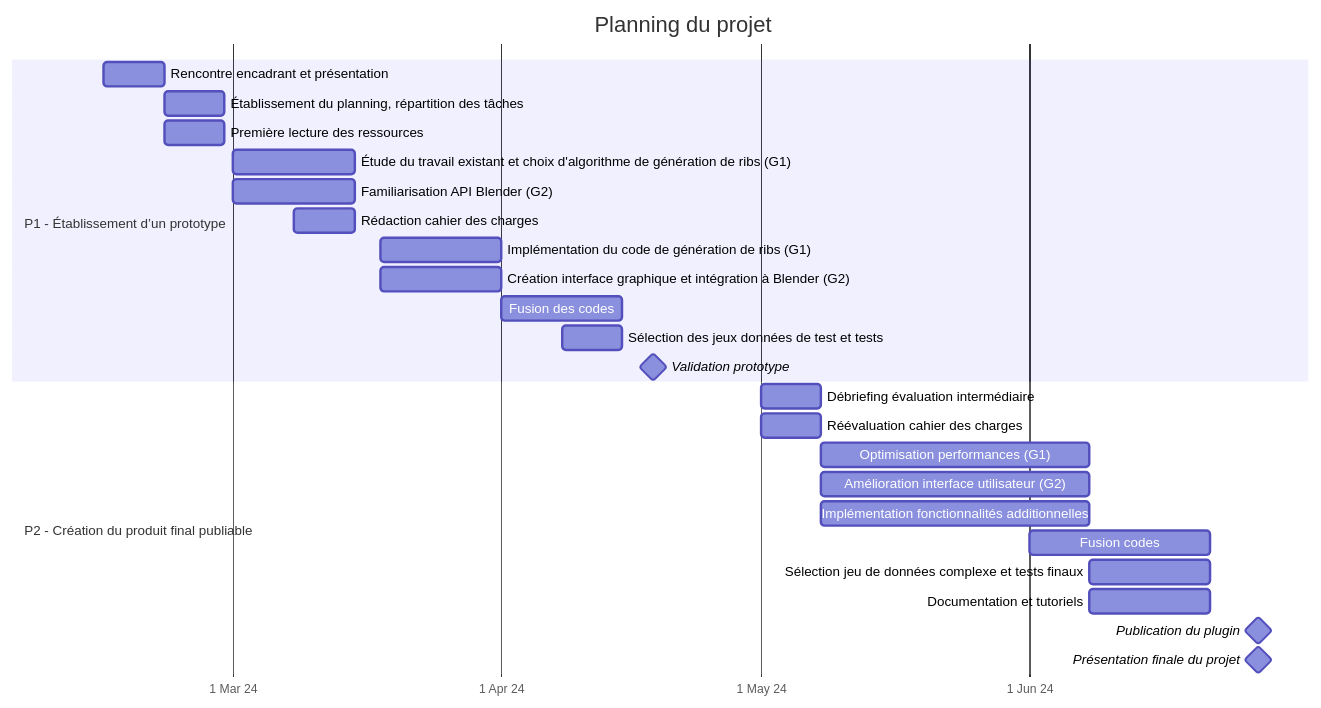
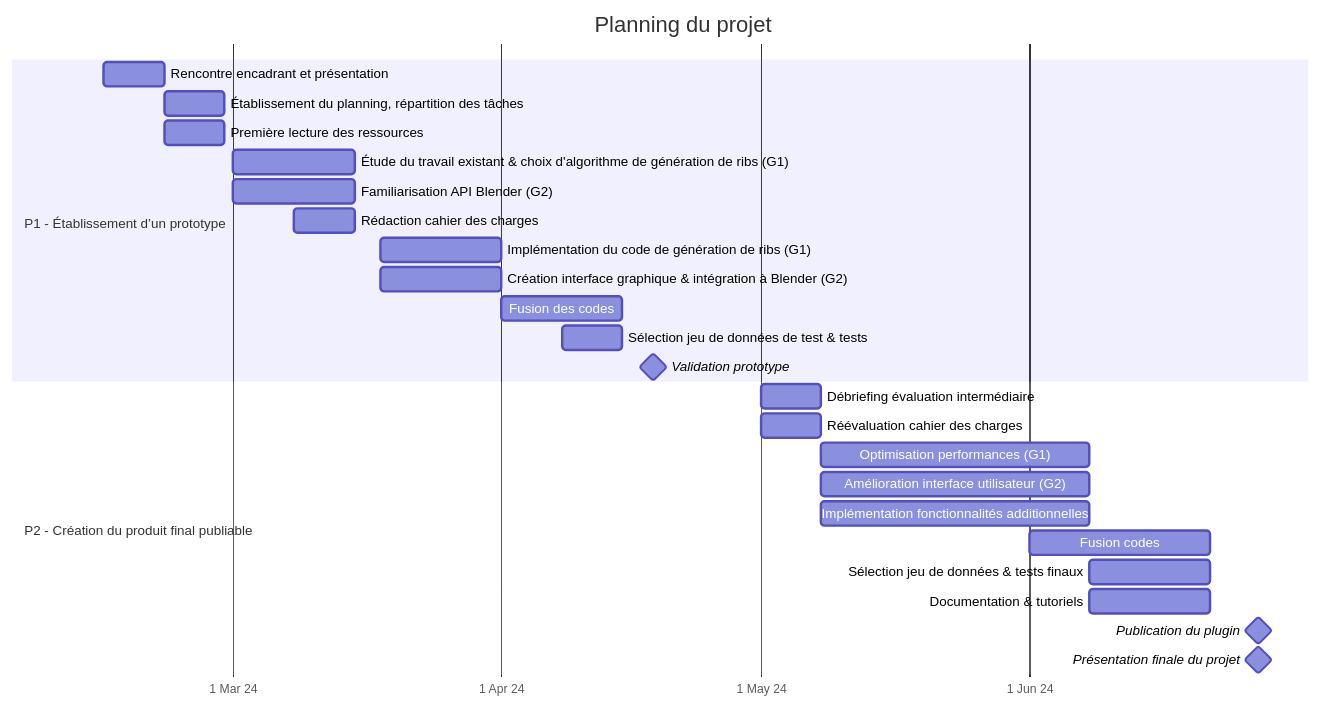
One commit to AlexisSkynner/Spineloft changed the diagram in PLANNING.md. Above: the diagram before and after it, drawn with Mermaid.

````diff
--- a/PLANNING.md
+++ b/PLANNING.md
@@ -15,34 +15,34 @@
 ```mermaid
 gantt
 title Planning du projet
 dateFormat DD/MM/YYYY
 axisFormat %e %b %y
 tickInterval 1month
 weekday monday
 todayMarker off
 
 section P1 - Établissement d’un prototype
 Rencontre encadrant et présentation: 15/02/2024, 1w
 Établissement du planning, répartition des tâches: 22/02/2024, 1w
 Première lecture des ressources: 22/02/2024, 1w
-Étude du travail existant et choix d'algorithme de génération de ribs (G1) : 01/03/2024, 2w
+Étude du travail existant & choix d'algorithme de génération de ribs (G1) : 01/03/2024, 2w
 Familiarisation API Blender (G2): 01/03/2024, 2w
 Rédaction cahier des charges: 08/03/2024, 1w
 Implémentation du code de génération de ribs (G1): 18/03/2024, 2w
-Création interface graphique et intégration à Blender (G2): 18/03/2024, 2w
+Création interface graphique & intégration à Blender (G2): 18/03/2024, 2w
 Fusion des codes : 01/04/2024, 2w
-Sélection des jeux données de test et tests : 08/04/2024, 1w
+Sélection jeu de données de test & tests : 08/04/2024, 1w
 Validation prototype: milestone, 18/04/2024, 1d
 
 section P2 - Création du produit final publiable
 Débriefing évaluation intermédiaire: 01/05/2024, 1w
 Réévaluation cahier des charges: 01/05/2024, 1w
 Optimisation performances (G1): 08/05/2024, 1M
 Amélioration interface utilisateur (G2): 08/05/2024, 1M
 Implémentation fonctionnalités additionnelles: 08/05/2024, 1M
 Fusion codes : 01/06/2024, 3w
-Sélection jeu de données complexe et tests finaux: 08/06/2024, 2w
-Documentation et tutoriels: 08/06/2024, 2w
+Sélection jeu de données & tests finaux: 08/06/2024, 2w
+Documentation & tutoriels: 08/06/2024, 2w
 Publication du plugin: milestone, 27/06/2024, 1d
 Présentation finale du projet: milestone, 27/06/2024, 1d
 ```
````
